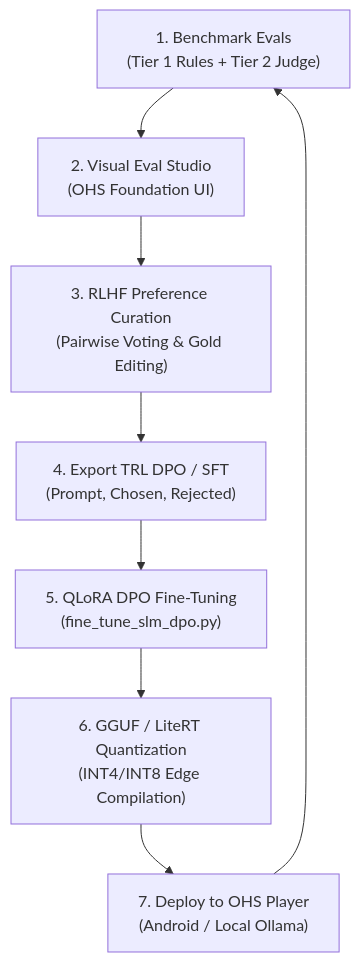
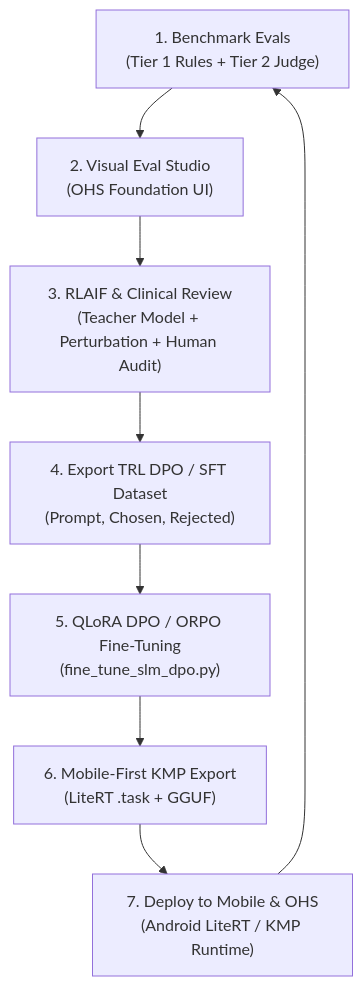
The first of 3 diagrams in OHS_SLM_STUDIO_SPEC_AND_ROADMAP.md (fredhersch/ohs-edge-evals), drawn with Mermaid before and after one commit. The commit also changed other lines of this file and 11 other files, not shown here.

Commit message:
feat: complete OHS Edge evaluation framework, KMP Android/iOS SLM runtime, and DPO alignment suite

````diff
--- a/OHS_SLM_STUDIO_SPEC_AND_ROADMAP.md
+++ b/OHS_SLM_STUDIO_SPEC_AND_ROADMAP.md
@@ -27,10 +27,10 @@
 ```mermaid
 flowchart TD
     A["1. Benchmark Evals\n(Tier 1 Rules + Tier 2 Judge)"] --> B["2. Visual Eval Studio\n(OHS Foundation UI)"]
-    B --> C["3. RLHF Preference Curation\n(Pairwise Voting & Gold Editing)"]
-    C --> D["4. Export TRL DPO / SFT\n(Prompt, Chosen, Rejected)"]
-    D --> E["5. QLoRA DPO Fine-Tuning\n(fine_tune_slm_dpo.py)"]
-    E --> F["6. GGUF / LiteRT Quantization\n(INT4/INT8 Edge Compilation)"]
-    F --> G["7. Deploy to OHS Player\n(Android / Local Ollama)"]
+    B --> C["3. RLAIF & Clinical Review\n(Teacher Model + Perturbation + Human Audit)"]
+    C --> D["4. Export TRL DPO / SFT Dataset\n(Prompt, Chosen, Rejected)"]
+    D --> E["5. QLoRA DPO / ORPO Fine-Tuning\n(fine_tune_slm_dpo.py)"]
+    E --> F["6. Mobile-First KMP Export\n(LiteRT .task + GGUF)"]
+    F --> G["7. Deploy to Mobile & OHS\n(Android LiteRT / KMP Runtime)"]
     G --> A
 ```
````
